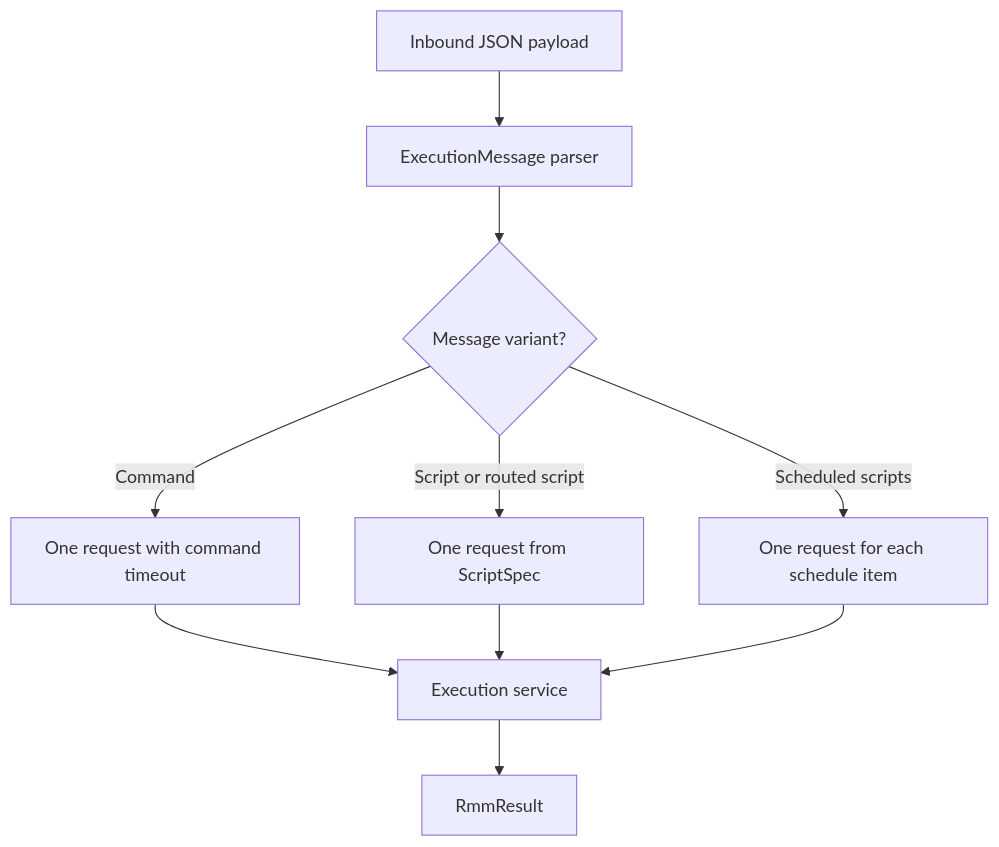
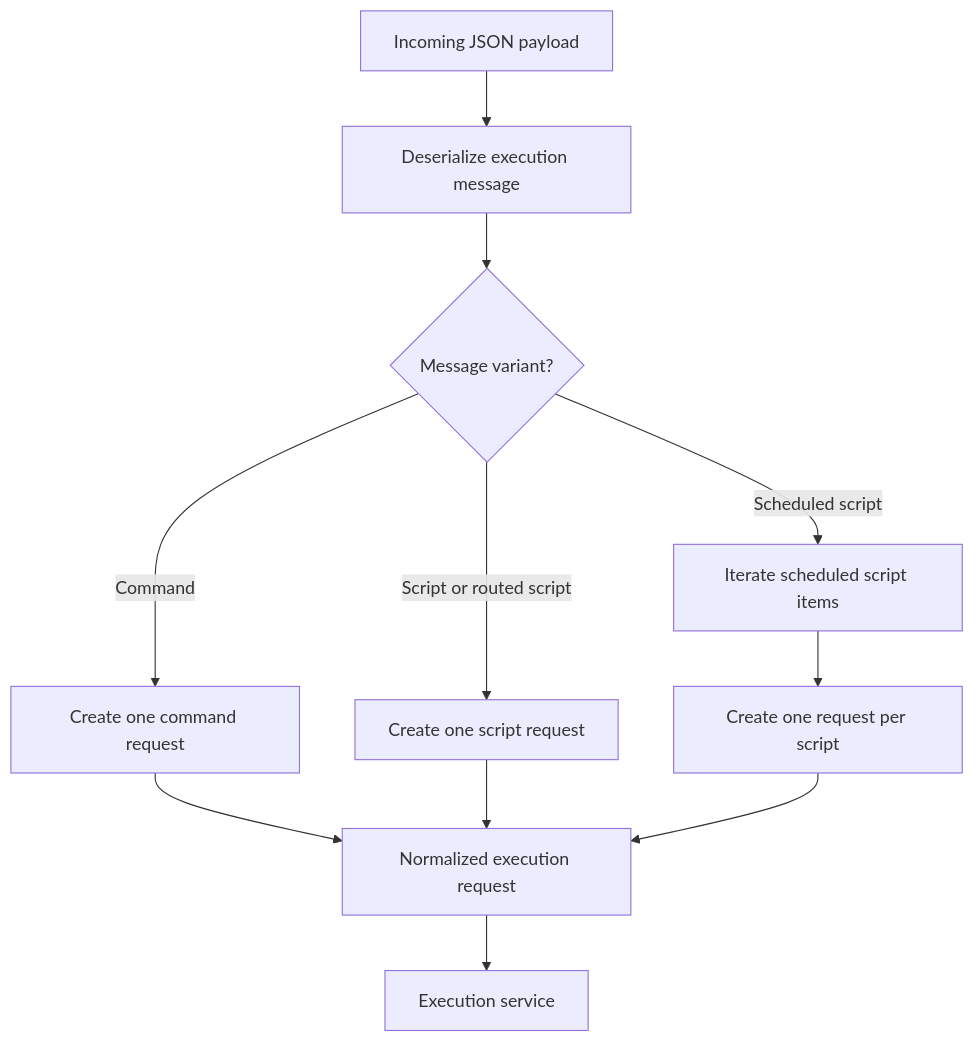
The second of 3 diagrams in docs/reference/architecture/openframe-client-core/model-execution/model-execution.md (flamingo-stack/openframe-oss-tenant), drawn with Mermaid before and after one commit. The commit also changed other lines of this file and 2377 other files, not shown here.

````diff
--- a/docs/reference/architecture/openframe-client-core/model-execution/model-execution.md
+++ b/docs/reference/architecture/openframe-client-core/model-execution/model-execution.md
@@ -153,12 +78,13 @@
 ```mermaid
 flowchart TD
-    Payload["Inbound JSON payload"] --> Parse["ExecutionMessage parser"]
+    Payload["Incoming JSON payload"] --> Parse["Deserialize execution message"]
     Parse --> Variant{"Message variant?"}
-    Variant -->|"Command"| CommandRequest["One request with command timeout"]
-    Variant -->|"Script or routed script"| ScriptRequest["One request from ScriptSpec"]
-    Variant -->|"Scheduled scripts"| BatchRequest["One request for each schedule item"]
-    CommandRequest --> Execute["Execution service"]
-    ScriptRequest --> Execute
-    BatchRequest --> Execute
-    Execute --> Outcome["RmmResult"]
+    Variant -->|"Command"| CommandRequest["Create one command request"]
+    Variant -->|"Script or routed script"| ScriptRequest["Create one script request"]
+    Variant -->|"Scheduled script"| Items["Iterate scheduled script items"]
+    Items --> ManyRequests["Create one request per script"]
+    CommandRequest --> Normalized["Normalized execution request"]
+    ScriptRequest --> Normalized
+    ManyRequests --> Normalized
+    Normalized --> Execute["Execution service"]
 ```
````
